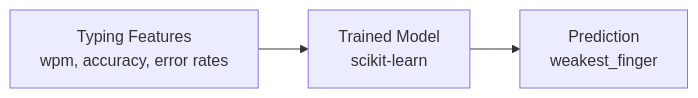
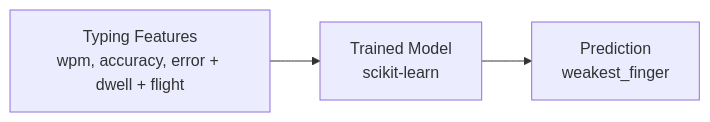
The second of 2 diagrams in README.md (lamboktulus1379/typing-ml), drawn with Mermaid before and after one commit. The commit also changed other lines of this file and 10 other files, not shown here.

````diff
--- a/README.md
+++ b/README.md
@@ -152,5 +495,5 @@
 ```mermaid
 flowchart LR
-  A[Typing Features<br/>wpm, accuracy, error rates] --> B[Trained Model<br/>scikit-learn]
+  A[Typing Features<br/>wpm, accuracy, error + dwell + flight] --> B[Trained Model<br/>scikit-learn]
   B --> C[Prediction<br/>weakest_finger]
 ```
````
